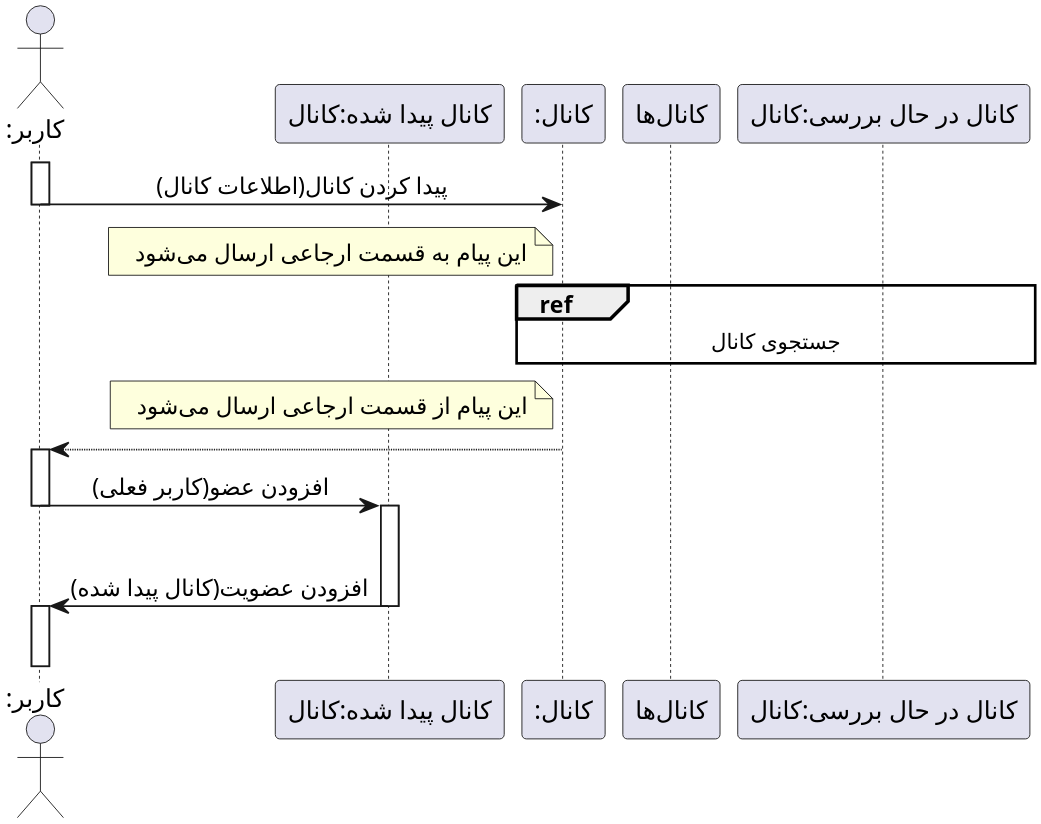
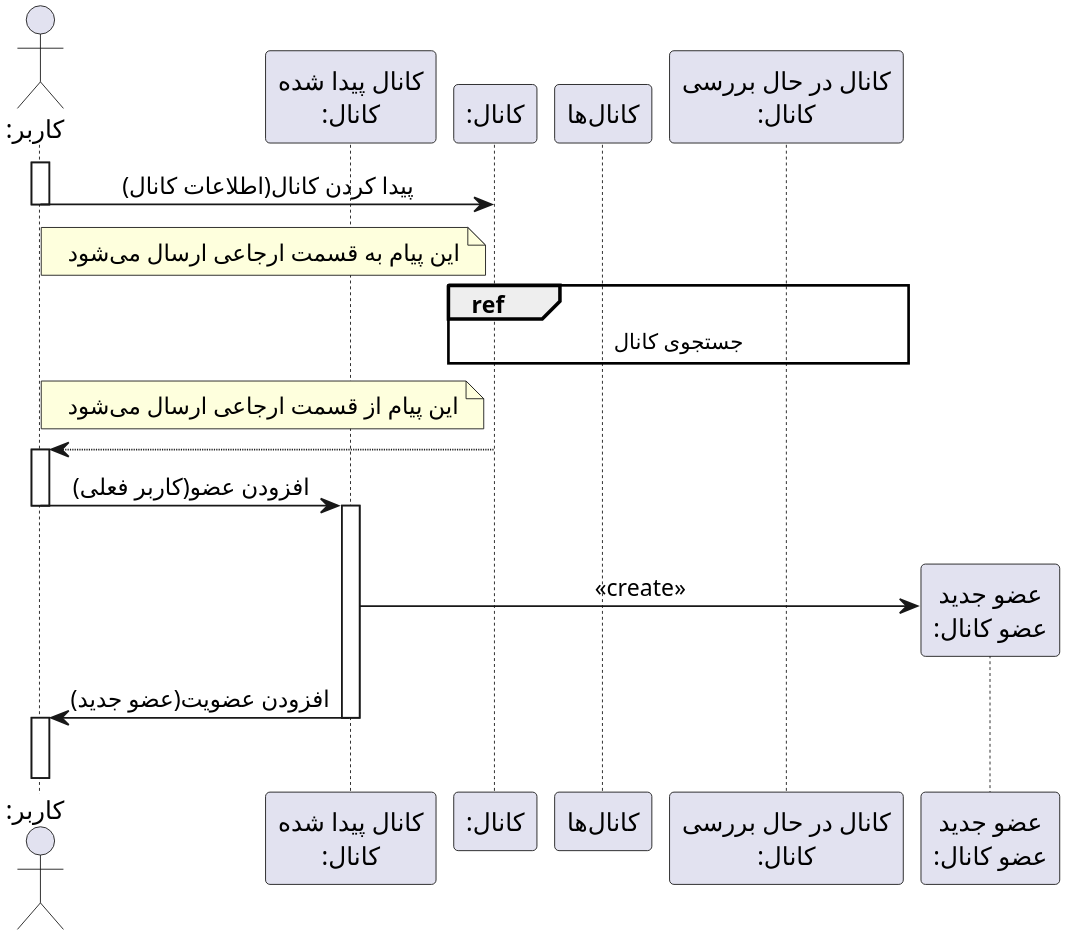
The diagram in Diagrams/Sequence/JoinChanel.puml (soleyman79/Qasedak), drawn with PlantUML before and after one commit. The commit also changed 2 other files, not shown here.

Commit message:
Update join chanel

```diff
--- a/Diagrams/Sequence/JoinChanel.puml
+++ b/Diagrams/Sequence/JoinChanel.puml
@@ -1,46 +1,48 @@
 @startuml join_chanel
 
 
 scale 3
 skinparam DefaultFontName Vazir
 skinparam DefaultTextAlignment center
 
 
 actor ":کاربر" as user
-participant "کانال پیدا شده:کانال" as found_chanel
+participant "کانال پیدا شده\n:کانال" as found_chanel
 participant ":کانال" as chanel
 participant "کانال‌ها" as chanels
-participant "کانال در حال بررسی:کانال" as current_chanel
+participant "کانال در حال بررسی\n:کانال" as current_chanel
+participant "عضو جدید\n:عضو کانال" as member
 
 
 activate user
     user -> chanel : پیدا کردن کانال(اطلاعات کانال)
 deactivate user
 
 note left chanel
     این پیام به قسمت ارجاعی ارسال می‌شود
 end note
 
 ref over chanel, chanels, current_chanel : جستجوی کانال
 
 note left chanel
     این پیام از قسمت ارجاعی ارسال می‌شود
 end note
 
 chanel --> user
 
 activate user
     user -> found_chanel : افزودن عضو(کاربر فعلی)
 deactivate user
 
 activate found_chanel
     |||
-    found_chanel -> user : افزودن عضویت(کانال پیدا شده)
+    found_chanel -> member ** : «create»
+    found_chanel -> user : افزودن عضویت(عضو جدید)
 deactivate found_chanel
 
 activate user
     |||
 deactivate user
 
 
 @enduml
```
